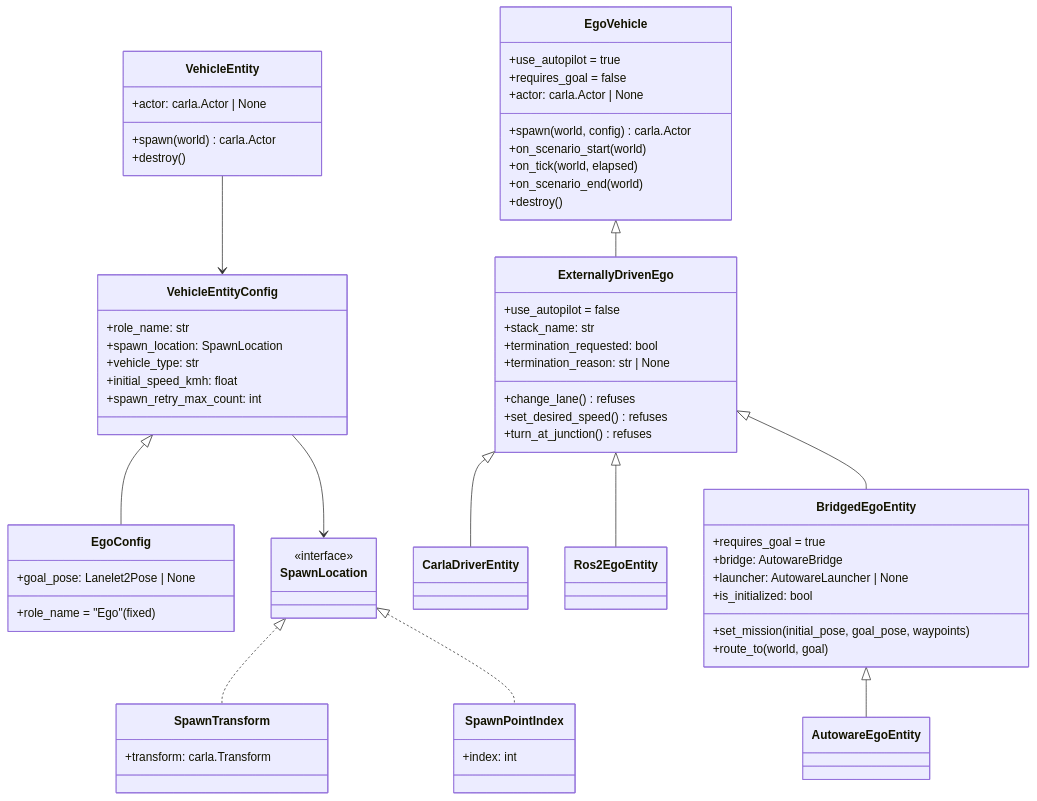
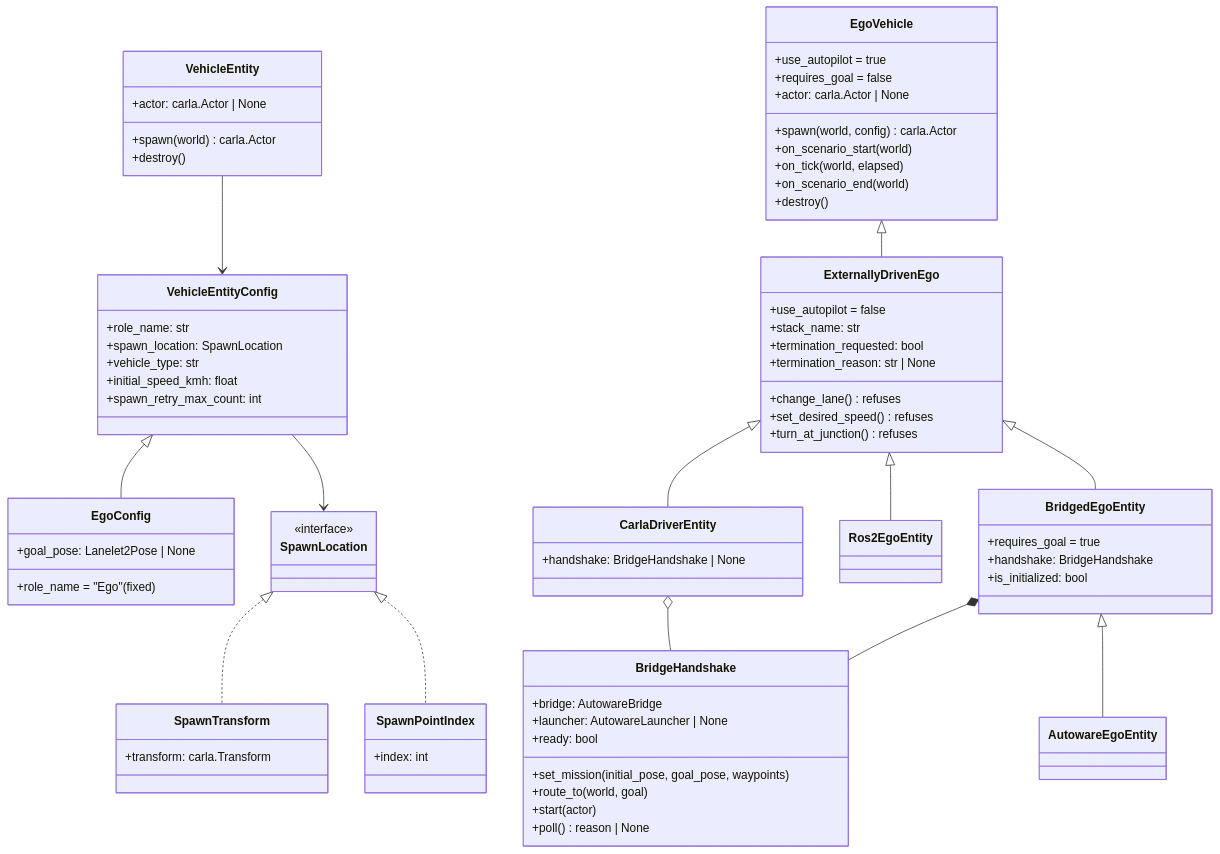
One commit to autowarefoundation/autoware_carla_scenario changed diagram 12 of 14 in autoware_carla_scenario/docs/architecture.md. Above: the diagram before and after it, drawn with Mermaid. The commit also changed other lines of this file and 12 other files, not shown here.

````diff
--- a/autoware_carla_scenario/docs/architecture.md
+++ b/autoware_carla_scenario/docs/architecture.md
@@ -992,16 +992,25 @@
         +turn_at_junction() refuses
     }
 
-    class CarlaDriverEntity
+    class CarlaDriverEntity {
+        +handshake: BridgeHandshake | None
+    }
+
+    class BridgeHandshake {
+        +bridge: AutowareBridge
+        +launcher: AutowareLauncher | None
+        +set_mission(initial_pose, goal_pose, waypoints)
+        +route_to(world, goal)
+        +start(actor)
+        +poll() reason | None
+        +ready: bool
+    }
 
     class Ros2EgoEntity
 
     class BridgedEgoEntity {
         +requires_goal = true
-        +bridge: AutowareBridge
-        +launcher: AutowareLauncher | None
-        +set_mission(initial_pose, goal_pose, waypoints)
-        +route_to(world, goal)
+        +handshake: BridgeHandshake
         +is_initialized: bool
     }
 
@@ -1017,4 +1026,6 @@
     ExternallyDrivenEgo <|-- Ros2EgoEntity
     ExternallyDrivenEgo <|-- BridgedEgoEntity
     BridgedEgoEntity <|-- AutowareEgoEntity
+    BridgedEgoEntity *-- BridgeHandshake
+    CarlaDriverEntity o-- BridgeHandshake
 ```
````
